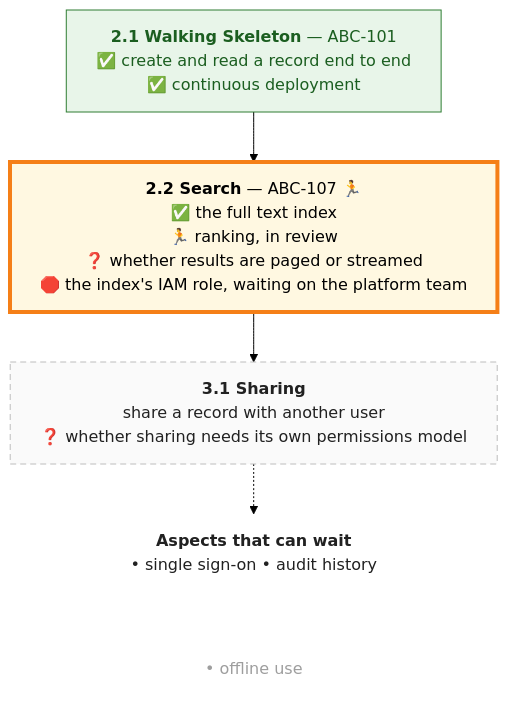
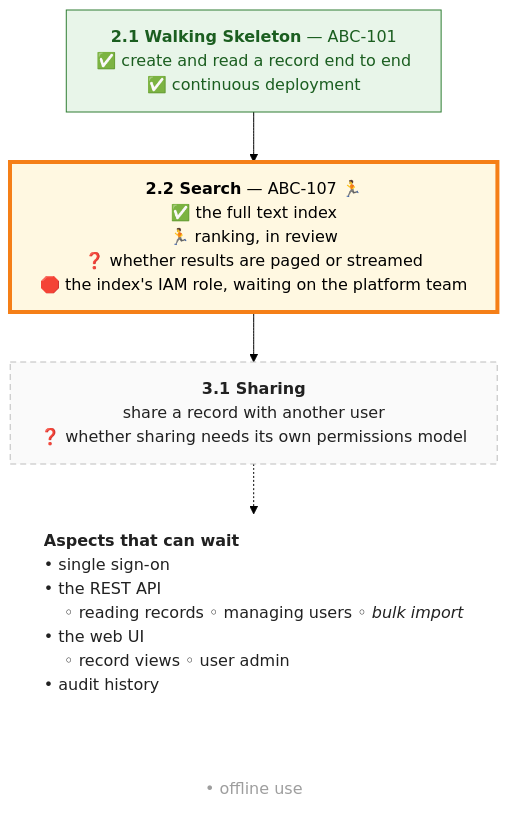
The first of 2 diagrams in standards/roadmaps.md (weaver-engineering/docs), drawn with Mermaid (forest theme) before and after one commit. The commit also changed other lines of this file and 2 other files, not shown here.

First line of the commit message:
WVR-219 Roadmaps: aspects' parts and needs, the dependency diagram; ROADMAP.md in documentation standards §2 (#53)

````diff
--- a/standards/roadmaps.md
+++ b/standards/roadmaps.md
@@ -64,36 +74,41 @@
 ```mermaid
 ---
 config:
   flowchart:
     wrappingWidth: 460
 ---
 flowchart TB
     S1["`**2.1 Walking Skeleton** — ABC-101
     ✅ create and read a record end to end
     ✅ continuous deployment`"]
     S2["`**2.2 Search** — ABC-107 🏃
     ✅ the full text index
     🏃 ranking, in review
     ❓ whether results are paged or streamed
     🛑 the index's IAM role, waiting on the platform team`"]
     S3["`**3.1 Sharing**
     share a record with another user
     ❓ whether sharing needs its own permissions model`"]
     A["`**Aspects that can wait**
-    • single sign-on   • audit history`"]
+    • single sign-on
+    • the REST API
+        ◦ reading records   ◦ managing users   ◦ *bulk import*
+    • the web UI
+        ◦ record views   ◦ user admin
+    • audit history`"]
     U["`• offline use`"]
     S1 --> S2
     S2 --> S3
     S3 -.-> A
     A ~~~ U
     classDef delivered fill:#e8f5e9,stroke:#2e7d32,color:#1b5e20
     classDef current fill:#fff8e1,stroke:#f57f17,stroke-width:4px,color:#000
     classDef planned fill:#fafafa,stroke:#bdbdbd,stroke-dasharray:6 4,color:#212121
-    classDef aspects fill:none,stroke:none,color:#212121
-    classDef unsure fill:none,stroke:none,color:#9e9e9e
+    classDef aspects fill:none,stroke:none,color:#212121,text-align:left
+    classDef unsure fill:none,stroke:none,color:#9e9e9e,text-align:left
     class S1 delivered
     class S2 current
     class S3 planned
     class A aspects
     class U unsure
 ```
````
